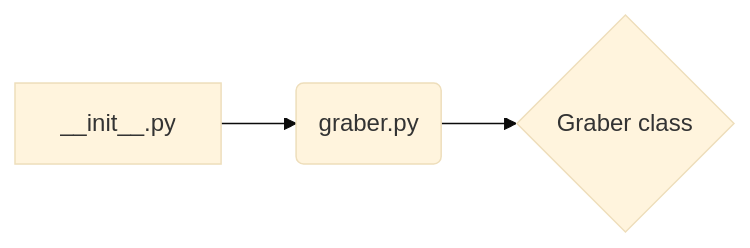
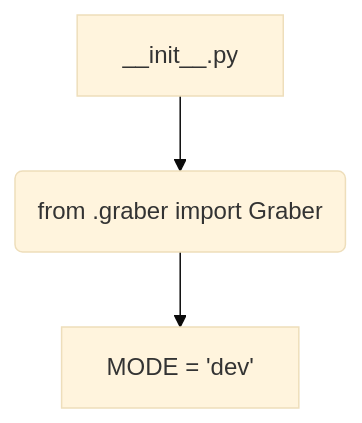
The diagram in docs/gemini/ru/explainer/src/suppliers/ksp/__init__.md (hypo69/hypo), drawn with Mermaid (base theme) before and after one commit. The commit also changed other lines of this file and 468 other files, not shown here.

````diff
--- a/docs/gemini/ru/explainer/src/suppliers/ksp/__init__.md
+++ b/docs/gemini/ru/explainer/src/suppliers/ksp/__init__.md
@@ -42,5 +37,6 @@
 ```mermaid
-graph LR
-    A[__init__.py] --> B(graber.py);
-    B --> C{Graber class};
+graph TD
+    A[__init__.py] --> B(from .graber import Graber);
+    B --> C[MODE = 'dev'];
+    
 ```
````
